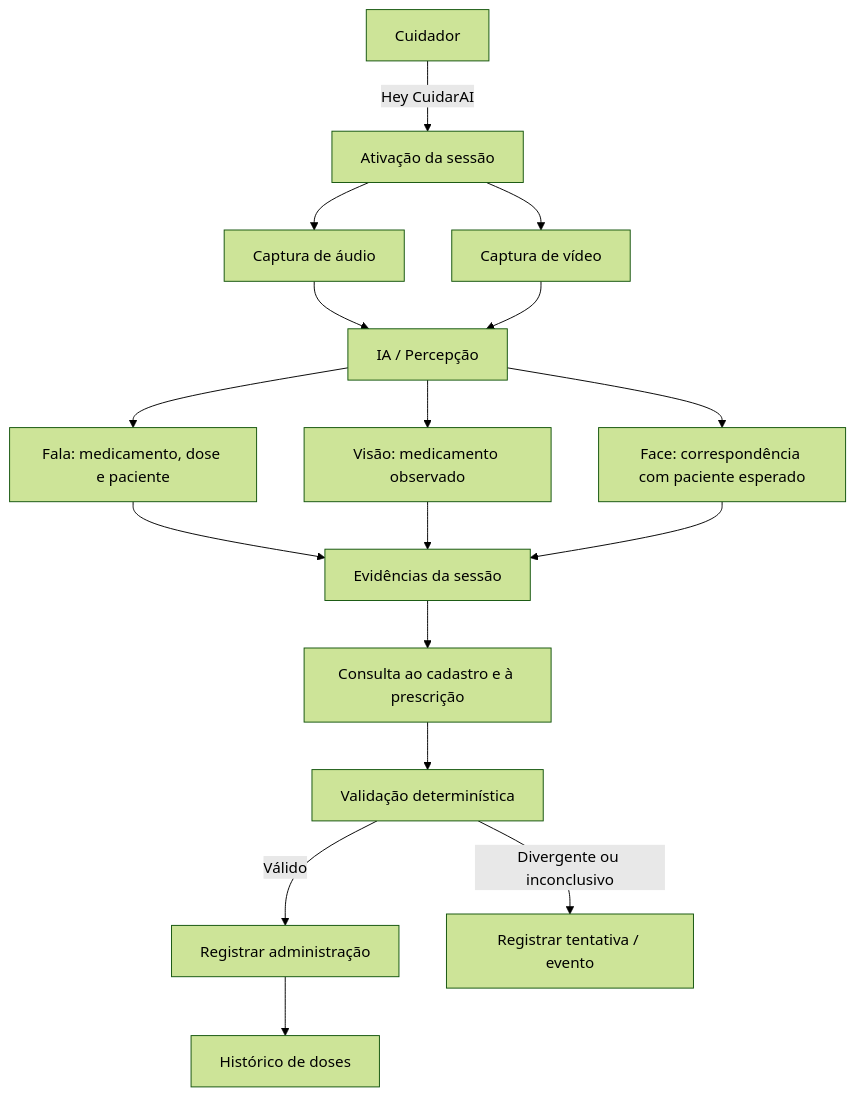
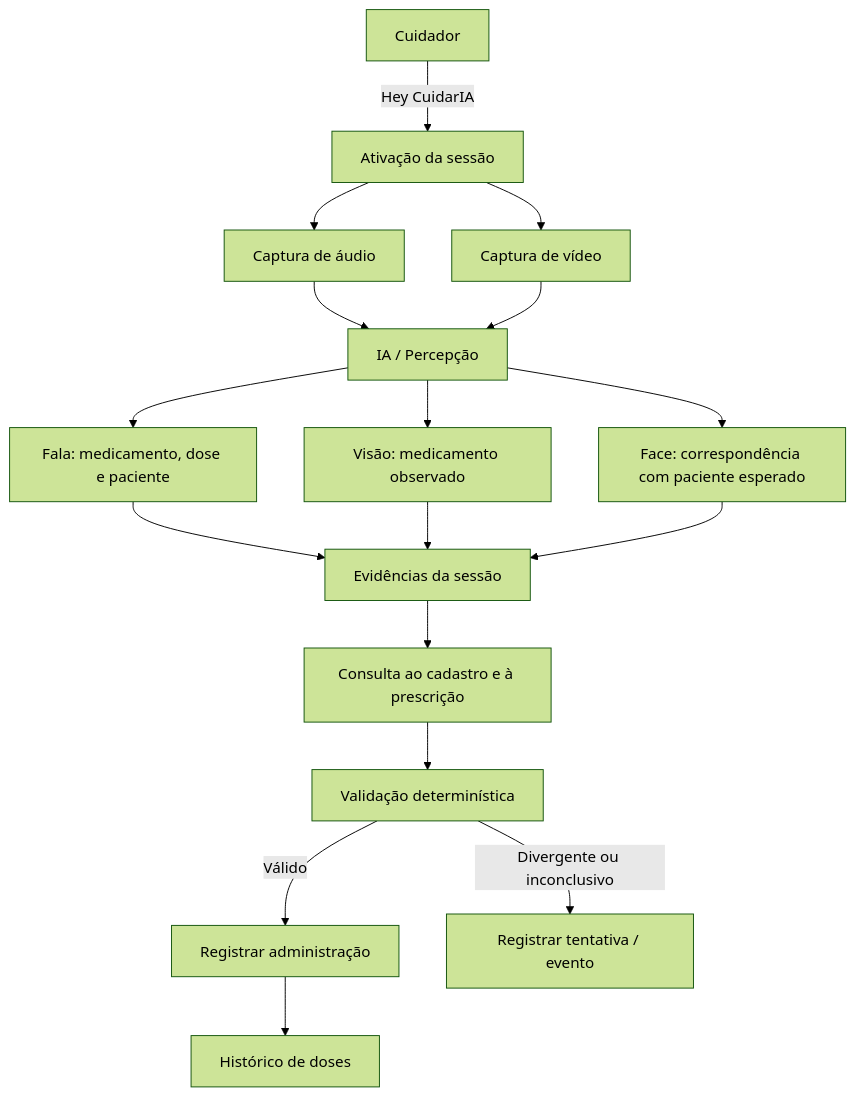
Before and after one commit to jaimejcs/CuidarAI: the first of 26 diagrams in diagramas-mermaid.md, drawn with Mermaid (forest theme). The commit also changed other lines of this file and 12 other files, not shown here.

````diff
--- a/diagramas-mermaid.md
+++ b/diagramas-mermaid.md
@@ -39,19 +39,19 @@
 ```mermaid
 flowchart TD
-    A[Cuidador] -->|"Hey CuidarAI"| B[Ativação da sessão]
+    A[Cuidador] -->|"Hey CuidarIA"| B[Ativação da sessão]
     B --> C[Captura de áudio]
     B --> D[Captura de vídeo]
     C --> E[IA / Percepção]
     D --> E
     E --> F[Fala: medicamento, dose e paciente]
     E --> G[Visão: medicamento observado]
     E --> H[Face: correspondência com paciente esperado]
     F --> I[Evidências da sessão]
     G --> I
     H --> I
     I --> J[Consulta ao cadastro e à prescrição]
     J --> K[Validação determinística]
     K -->|Válido| L[Registrar administração]
     K -->|Divergente ou inconclusivo| M[Registrar tentativa / evento]
     L --> N[Histórico de doses]
 ```
````
